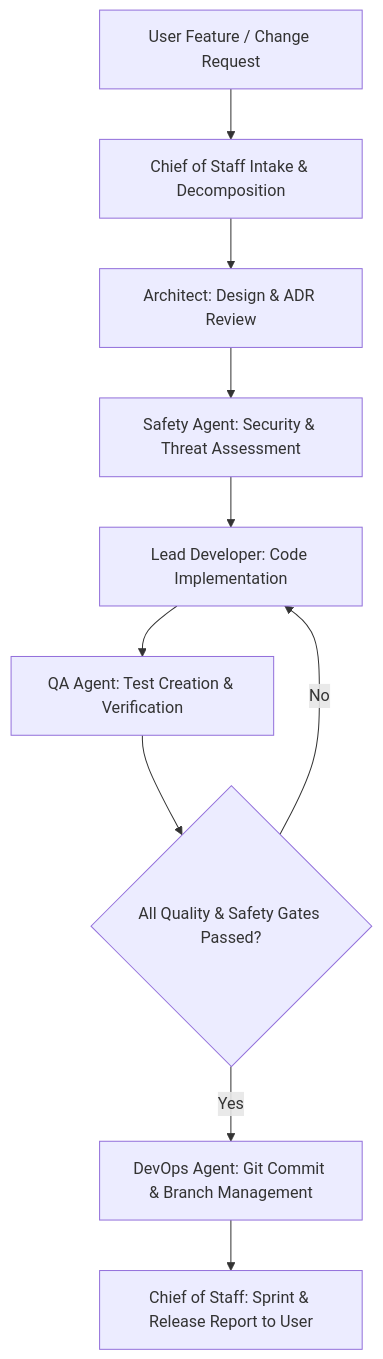
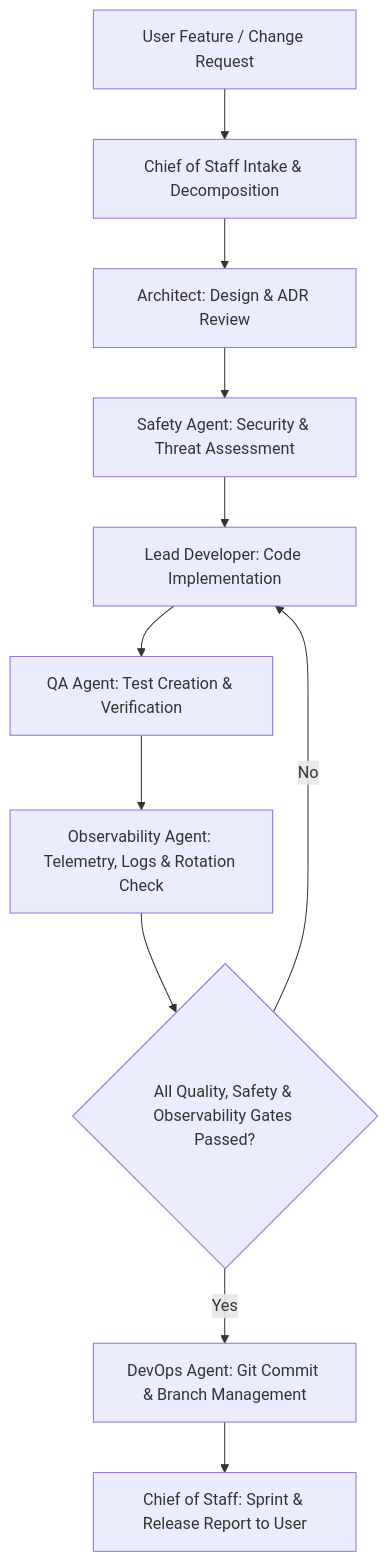
One commit to chunga168/aura-fitness-cos changed the diagram in .agents/AGENTS.md. Above: the diagram before and after it, drawn with Mermaid. The commit also changed other lines of this file and 7 other files, not shown here.

Commit message:
feat(observability): add Observability Agent role, logging rules, and telemetry runbook

````diff
--- a/.agents/AGENTS.md
+++ b/.agents/AGENTS.md
@@ -26,12 +27,13 @@
 ```mermaid
 flowchart TD
     A[User Feature / Change Request] --> B[Chief of Staff Intake & Decomposition]
     B --> C[Architect: Design & ADR Review]
     C --> D[Safety Agent: Security & Threat Assessment]
     D --> E[Lead Developer: Code Implementation]
     E --> F[QA Agent: Test Creation & Verification]
-    F --> G{All Quality & Safety Gates Passed?}
+    F --> Obs[Observability Agent: Telemetry, Logs & Rotation Check]
+    Obs --> G{All Quality, Safety & Observability Gates Passed?}
     G -- No --> E
     G -- Yes --> H[DevOps Agent: Git Commit & Branch Management]
     H --> I[Chief of Staff: Sprint & Release Report to User]
 ```
````
